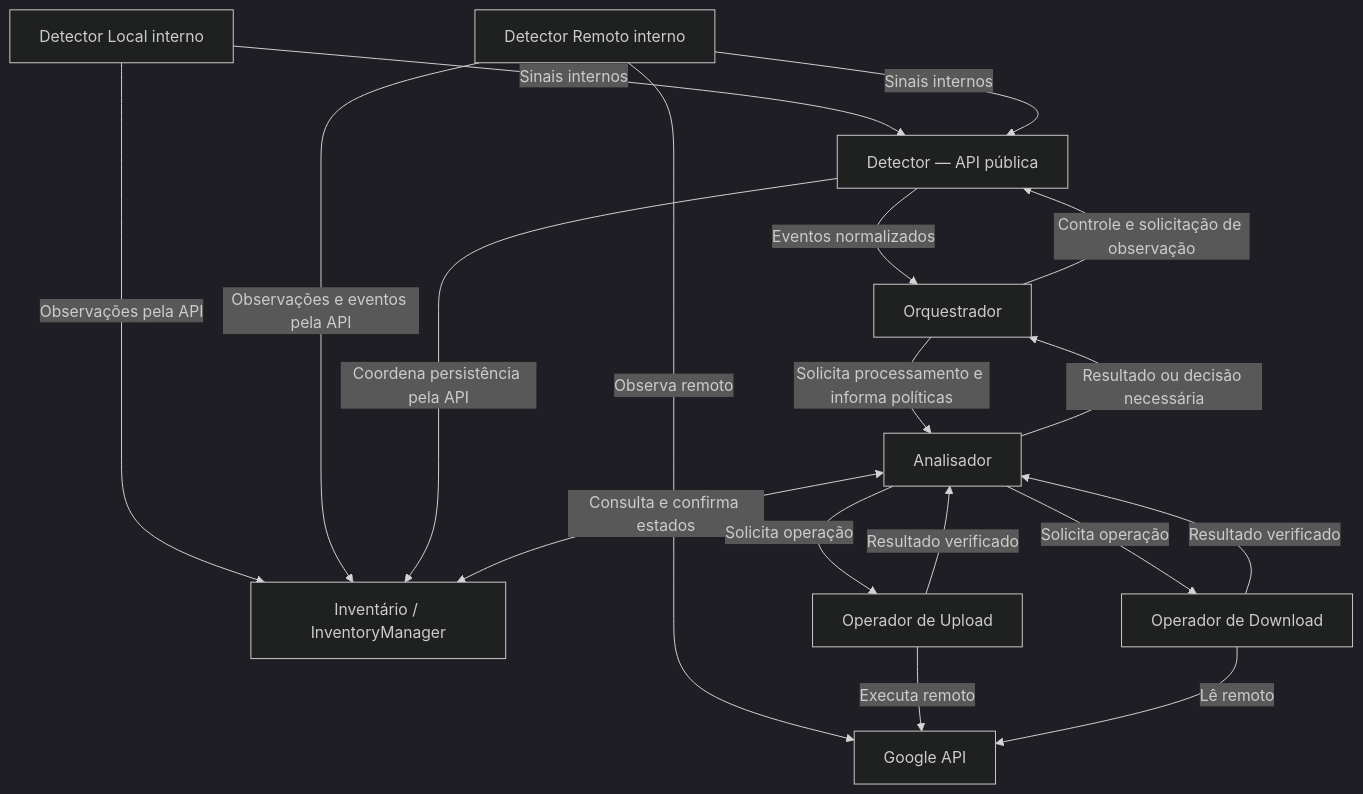
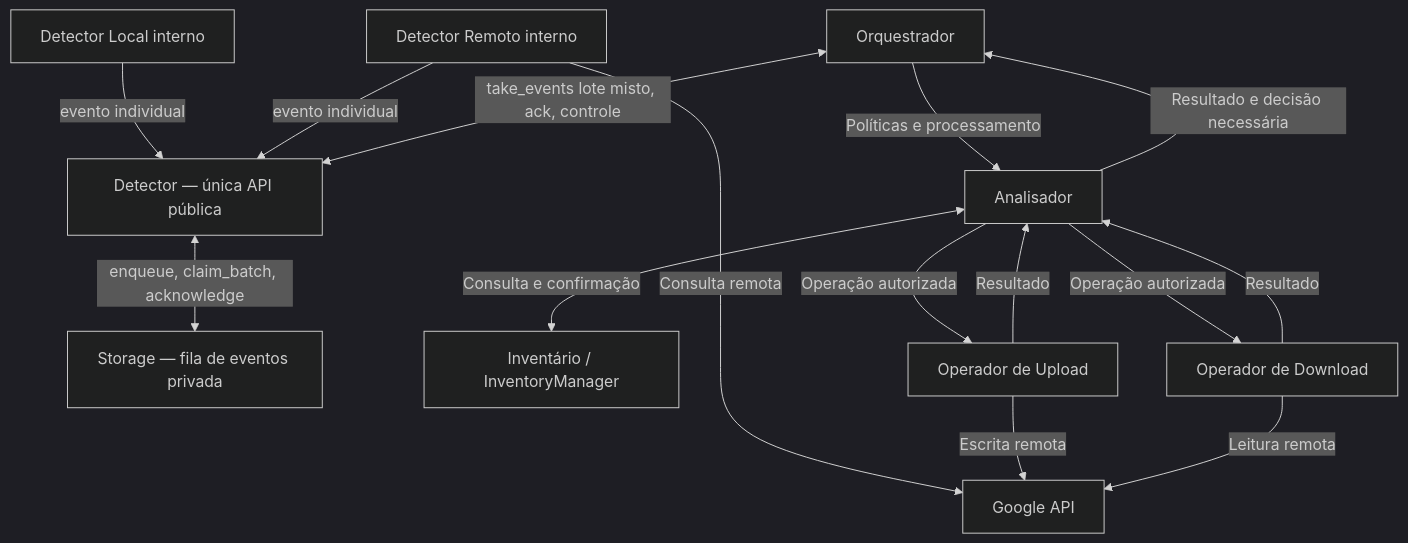
The diagram in docs/SYSTEM_ARCHITECTURE.md (rafatosta/drivesync), drawn with Mermaid (dark theme) before and after one commit. The commit also changed other lines of this file, not shown here.

Commit message:
docs: include independent detector storage and mixed-source event batches in architecture

````diff
--- a/docs/SYSTEM_ARCHITECTURE.md
+++ b/docs/SYSTEM_ARCHITECTURE.md
@@ -130,33 +124,28 @@
 ```mermaid
 flowchart TD
     DL["Detector Local interno"]
     DR["Detector Remoto interno"]
-    DET["Detector — API pública"]
+    DET["Detector — única API pública"]
+    S["Storage — fila de eventos privada"]
     O["Orquestrador"]
     A["Analisador"]
     I["Inventário / InventoryManager"]
     U["Operador de Upload"]
     D["Operador de Download"]
     G["Google API"]
 
-    DL -->|"Sinais internos"| DET
-    DR -->|"Sinais internos"| DET
-    DET -->|"Eventos normalizados"| O
-    O -->|"Controle e solicitação de observação"| DET
-    DL -->|"Observações pela API"| I
-    DR -->|"Observações e eventos pela API"| I
-    DET -->|"Coordena persistência pela API"| I
-
-    O -->|"Solicita processamento e informa políticas"| A
-    A -->|"Resultado ou decisão necessária"| O
-
-    A <-->|"Consulta e confirma estados"| I
-    A -->|"Solicita operação"| U
-    A -->|"Solicita operação"| D
-    U -->|"Resultado verificado"| A
-    D -->|"Resultado verificado"| A
-
-    DR -->|"Observa remoto"| G
-    U -->|"Executa remoto"| G
-    D -->|"Lê remoto"| G
+    DL -->|"evento individual"| DET
+    DR -->|"evento individual"| DET
+    DET <-->|"enqueue, claim_batch, acknowledge"| S
+    O <-->|"take_events lote misto, ack, controle"| DET
+    O -->|"Políticas e processamento"| A
+    A -->|"Resultado e decisão necessária"| O
+    A <-->|"Consulta e confirmação"| I
+    A -->|"Operação autorizada"| U
+    A -->|"Operação autorizada"| D
+    U -->|"Resultado"| A
+    D -->|"Resultado"| A
+    DR -->|"Consulta remota"| G
+    U -->|"Escrita remota"| G
+    D -->|"Leitura remota"| G
 ```
````
